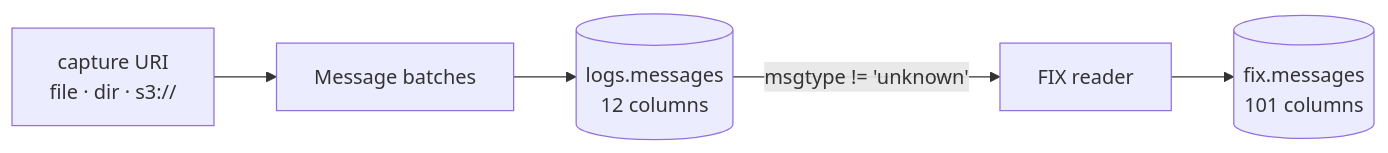
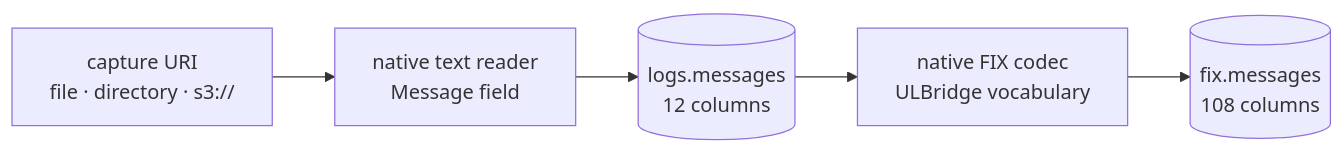
The diagram in docs/index.md (Platob/yggfin), drawn with Mermaid before and after one commit. The commit also changed other lines of this file and 46 other files, not shown here.

Commit message:
Integrate native ULBridge text and FIX pipeline

````diff
--- a/docs/index.md
+++ b/docs/index.md
@@ -36,7 +38,7 @@
 ```mermaid
 flowchart LR
-    S["capture URI<br/>file · dir · s3://"] --> M[Message batches]
-    M --> I[("logs.messages<br/>12 columns")]
-    I -- "msgtype != 'unknown'" --> F[FIX reader]
-    F --> O[("fix.messages<br/>101 columns")]
+    S["capture URI<br/>file · directory · s3://"] --> T["native text reader<br/>Message field"]
+    T --> M[("logs.messages<br/>12 columns")]
+    M --> F["native FIX codec<br/>ULBridge vocabulary"]
+    F --> O[("fix.messages<br/>108 columns")]
 ```
````
